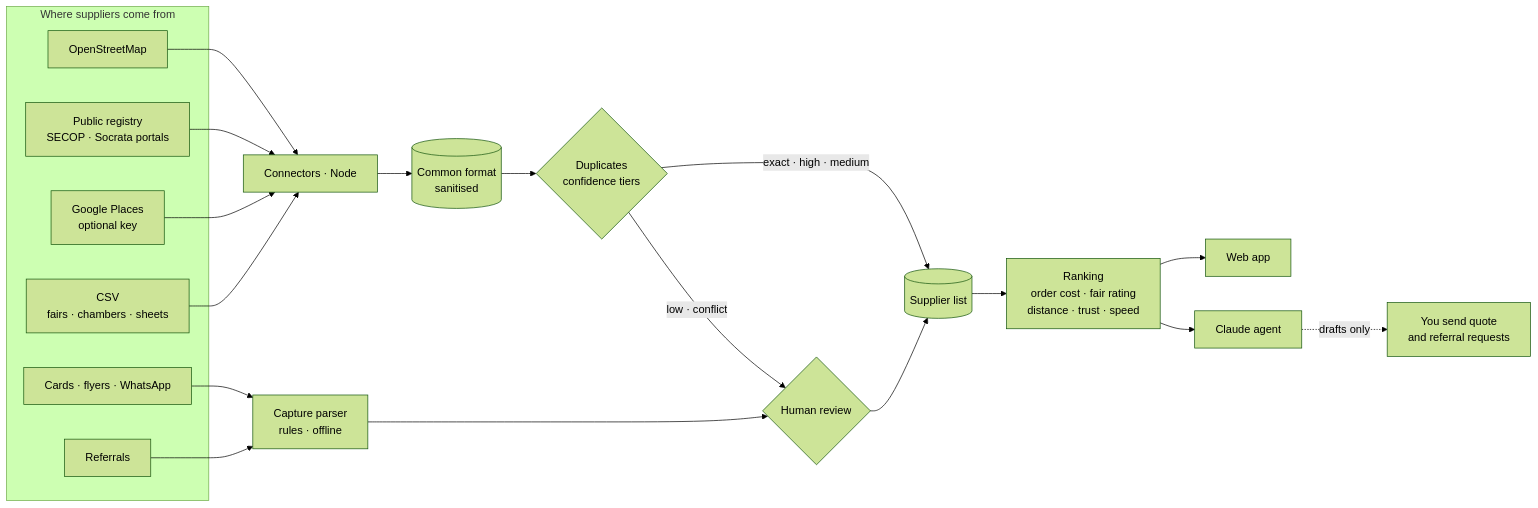
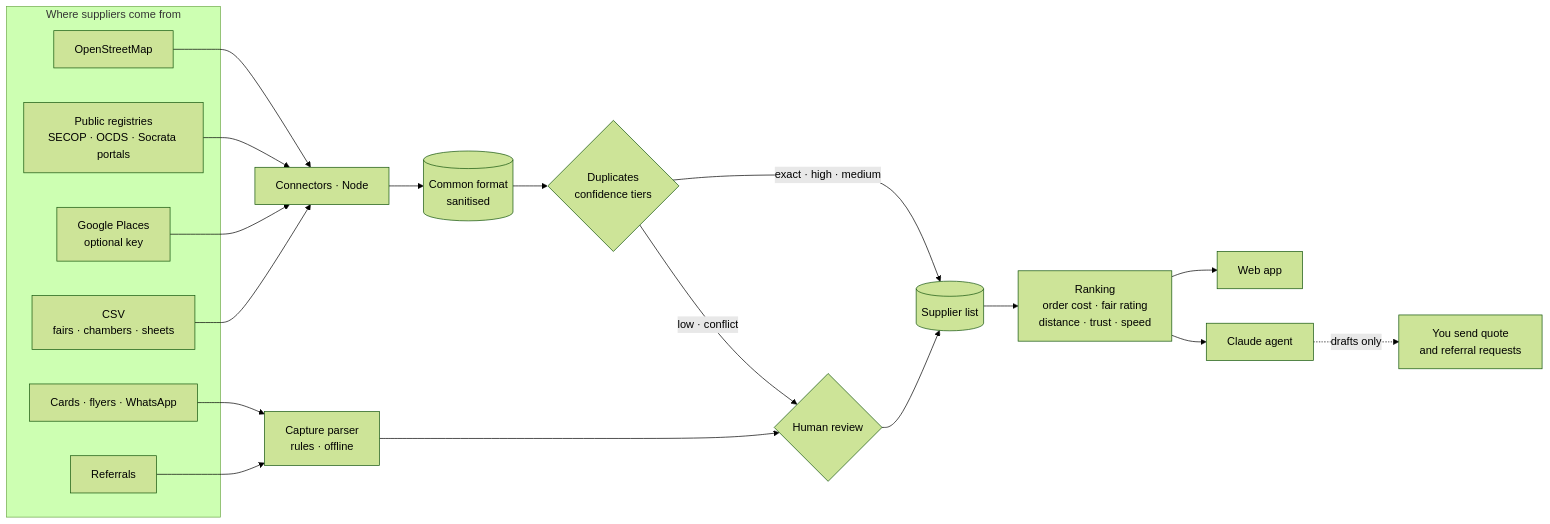
One commit to Dsergio909/Proyecto-2 changed the diagram in README.md. Above: the diagram before and after it, drawn with Mermaid (forest theme). The commit also changed other lines of this file and 24 other files, not shown here.

````diff
--- a/README.md
+++ b/README.md
@@ -103,27 +117,27 @@
 ```mermaid
 flowchart LR
   subgraph S[Where suppliers come from]
     MAP[OpenStreetMap]
-    REG[Public registry<br/>SECOP · Socrata portals]
+    REG[Public registries<br/>SECOP · OCDS · Socrata portals]
     GP[Google Places<br/>optional key]
     CSV[CSV<br/>fairs · chambers · sheets]
     CARD[Cards · flyers · WhatsApp]
     REF[Referrals]
   end
   MAP --> CON[Connectors · Node]
   REG --> CON
   GP --> CON
   CSV --> CON
   CARD --> PAR[Capture parser<br/>rules · offline]
   REF --> PAR
   CON --> GATE[(Common format<br/>sanitised)]
   PAR --> REV{Human review}
   GATE --> DUP{Duplicates<br/>confidence tiers}
   DUP -->|exact · high · medium| DB[(Supplier list)]
   DUP -->|low · conflict| REV
   REV --> DB
   DB --> RANK[Ranking<br/>order cost · fair rating<br/>distance · trust · speed]
   RANK --> WEB[Web app]
   RANK --> AG[Claude agent]
   AG -.->|drafts only| YOU[You send quote<br/>and referral requests]
 ```
````
